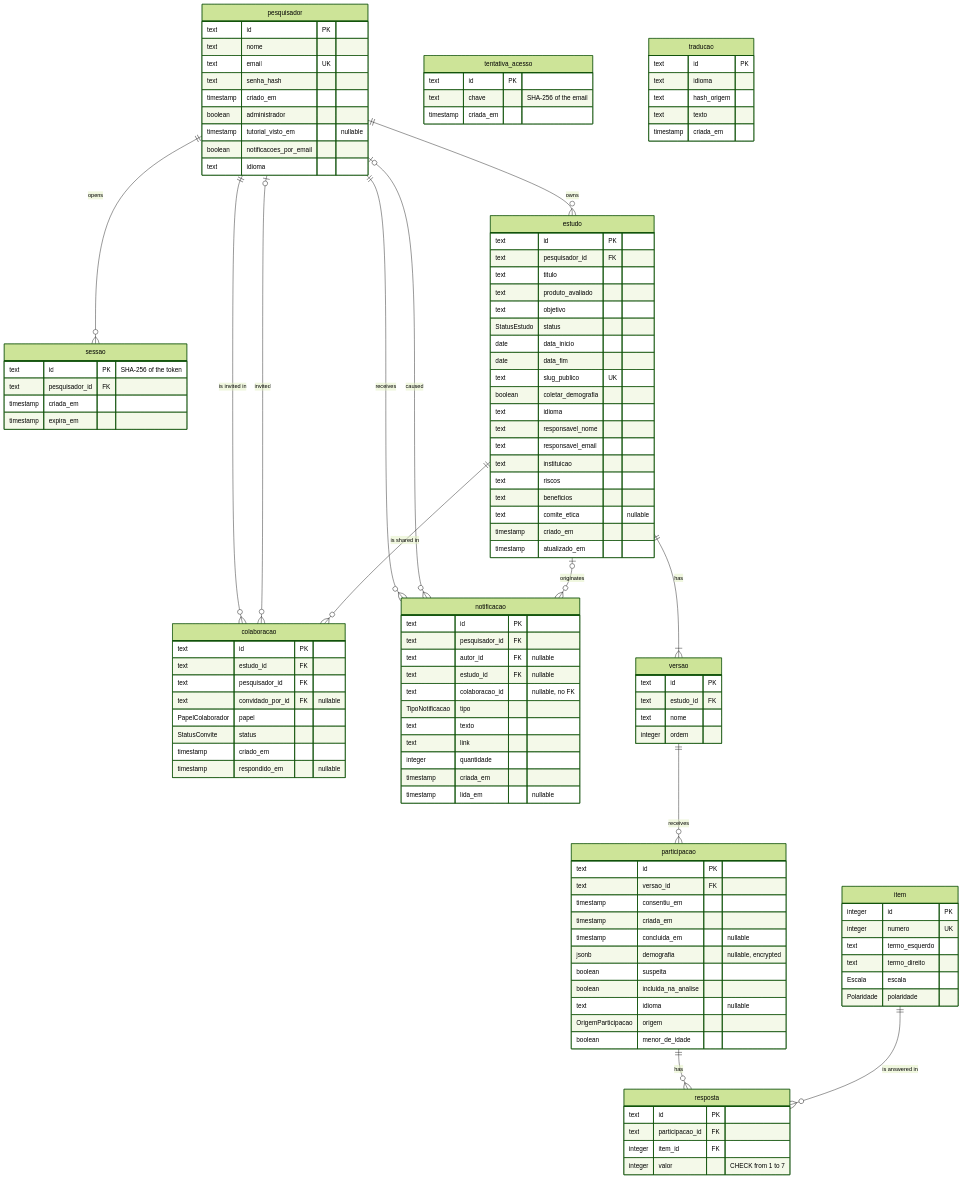
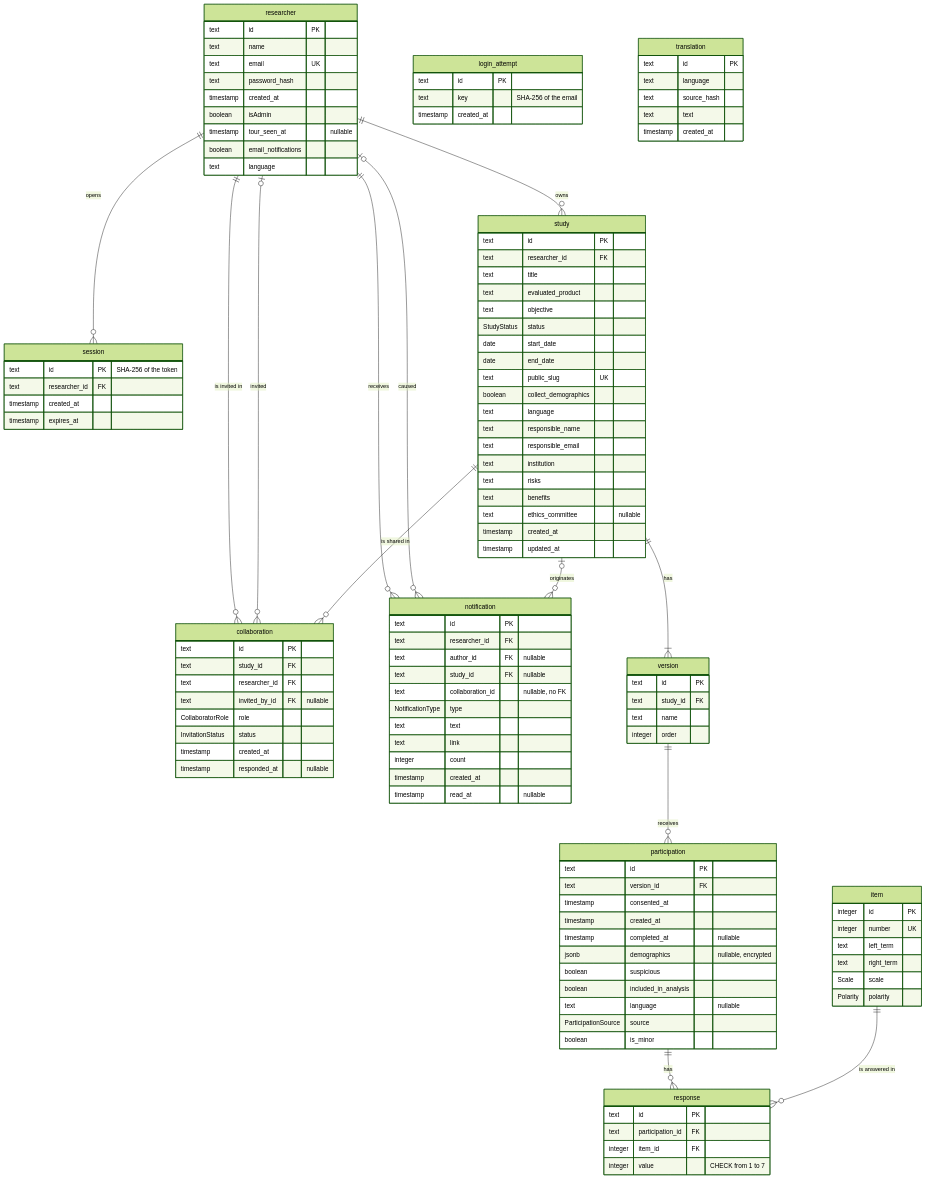
The diagram in docs/documentacao/modelo-logico.md (gabrielfjm/ueq_form_ihc), drawn with Mermaid (forest theme) before and after one commit. The commit also changed other lines of this file and 50 other files, not shown here.

First line of the commit message:
deixa os diagramas inteiramente em inglês, também nos nomes das classes, tabelas e estados

````diff
--- a/docs/documentacao/modelo-logico.md
+++ b/docs/documentacao/modelo-logico.md
@@ -9,122 +11,122 @@
 ```mermaid
 erDiagram
-    pesquisador ||--o{ sessao : "opens"
-    pesquisador ||--o{ estudo : "owns"
-    pesquisador ||--o{ colaboracao : "is invited in"
-    pesquisador |o--o{ colaboracao : "invited"
-    pesquisador ||--o{ notificacao : "receives"
-    pesquisador |o--o{ notificacao : "caused"
-    estudo ||--o{ colaboracao : "is shared in"
-    estudo ||--|{ versao : "has"
-    estudo |o--o{ notificacao : "originates"
-    versao ||--o{ participacao : "receives"
-    participacao ||--o{ resposta : "has"
-    item ||--o{ resposta : "is answered in"
+    researcher ||--o{ session : "opens"
+    researcher ||--o{ study : "owns"
+    researcher ||--o{ collaboration : "is invited in"
+    researcher |o--o{ collaboration : "invited"
+    researcher ||--o{ notification : "receives"
+    researcher |o--o{ notification : "caused"
+    study ||--o{ collaboration : "is shared in"
+    study ||--|{ version : "has"
+    study |o--o{ notification : "originates"
+    version ||--o{ participation : "receives"
+    participation ||--o{ response : "has"
+    item ||--o{ response : "is answered in"
 
-    pesquisador {
+    researcher {
         text id PK
-        text nome
+        text name
         text email UK
-        text senha_hash
-        timestamp criado_em
-        boolean administrador
-        timestamp tutorial_visto_em "nullable"
-        boolean notificacoes_por_email
-        text idioma
+        text password_hash
+        timestamp created_at
+        boolean isAdmin
+        timestamp tour_seen_at "nullable"
+        boolean email_notifications
+        text language
     }
-    sessao {
+    session {
         text id PK "SHA-256 of the token"
-        text pesquisador_id FK
-        timestamp criada_em
-        timestamp expira_em
+        text researcher_id FK
+        timestamp created_at
+        timestamp expires_at
     }
-    estudo {
+    study {
         text id PK
-        text pesquisador_id FK
-        text titulo
-        text produto_avaliado
-        text objetivo
-        StatusEstudo status
-        date data_inicio
-        date data_fim
-        text slug_publico UK
-        boolean coletar_demografia
-        text idioma
-        text responsavel_nome
-        text responsavel_email
-        text instituicao
-        text riscos
-        text beneficios
-        text comite_etica "nullable"
-        timestamp criado_em
-        timestamp atualizado_em
+        text researcher_id FK
+        text title
+        text evaluated_product
+        text objective
+        StudyStatus status
+        date start_date
+        date end_date
+        text public_slug UK
+        boolean collect_demographics
+        text language
+        text responsible_name
+        text responsible_email
+        text institution
+        text risks
+        text benefits
+        text ethics_committee "nullable"
+        timestamp created_at
+        timestamp updated_at
     }
-    colaboracao {
+    collaboration {
         text id PK
-        text estudo_id FK
-        text pesquisador_id FK
-        text convidado_por_id FK "nullable"
-        PapelColaborador papel
-        StatusConvite status
-        timestamp criado_em
-        timestamp respondido_em "nullable"
+        text study_id FK
+        text researcher_id FK
+        text invited_by_id FK "nullable"
+        CollaboratorRole role
+        InvitationStatus status
+        timestamp created_at
+        timestamp responded_at "nullable"
     }
-    versao {
+    version {
         text id PK
-        text estudo_id FK
-        text nome
-        integer ordem
+        text study_id FK
+        text name
+        integer order
     }
     item {
         integer id PK
-        integer numero UK
-        text termo_esquerdo
-        text termo_direito
-        Escala escala
-        Polaridade polaridade
+        integer number UK
+        text left_term
+        text right_term
+        Scale scale
+        Polarity polarity
     }
-    participacao {
+    participation {
         text id PK
-        text versao_id FK
-        timestamp consentiu_em
-        timestamp criada_em
-        timestamp concluida_em "nullable"
-        jsonb demografia "nullable, encrypted"
-        boolean suspeita
-        boolean incluida_na_analise
-        text idioma "nullable"
-        OrigemParticipacao origem
-        boolean menor_de_idade
+        text version_id FK
+        timestamp consented_at
+        timestamp created_at
+        timestamp completed_at "nullable"
+        jsonb demographics "nullable, encrypted"
+        boolean suspicious
+        boolean included_in_analysis
+        text language "nullable"
+        ParticipationSource source
+        boolean is_minor
     }
-    resposta {
+    response {
         text id PK
-        text participacao_id FK
+        text participation_id FK
         integer item_id FK
-        integer valor "CHECK from 1 to 7"
+        integer value "CHECK from 1 to 7"
     }
-    notificacao {
+    notification {
         text id PK
-        text pesquisador_id FK
-        text autor_id FK "nullable"
-        text estudo_id FK "nullable"
-        text colaboracao_id "nullable, no FK"
-        TipoNotificacao tipo
-        text texto
+        text researcher_id FK
+        text author_id FK "nullable"
+        text study_id FK "nullable"
+        text collaboration_id "nullable, no FK"
+        NotificationType type
+        text text
         text link
-        integer quantidade
-        timestamp criada_em
-        timestamp lida_em "nullable"
+        integer count
+        timestamp created_at
+        timestamp read_at "nullable"
     }
-    tentativa_acesso {
+    login_attempt {
         text id PK
-        text chave "SHA-256 of the email"
-        timestamp criada_em
+        text key "SHA-256 of the email"
+        timestamp created_at
     }
-    traducao {
+    translation {
         text id PK
-        text idioma
-        text hash_origem
-        text texto
-        timestamp criada_em
+        text language
+        text source_hash
+        text text
+        timestamp created_at
     }
 ```
````
